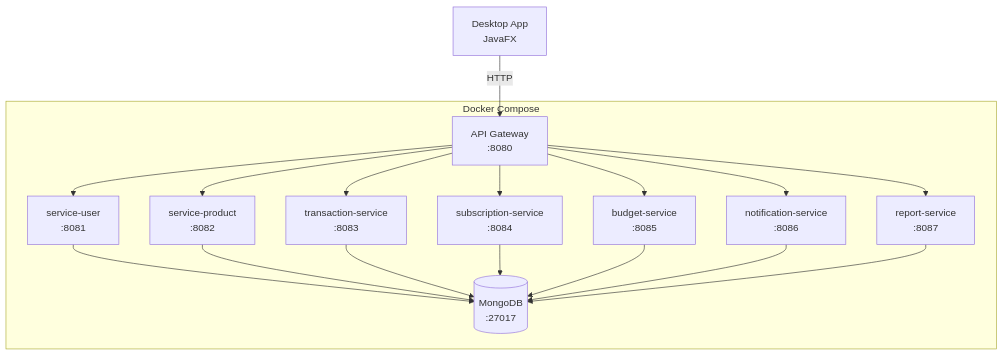
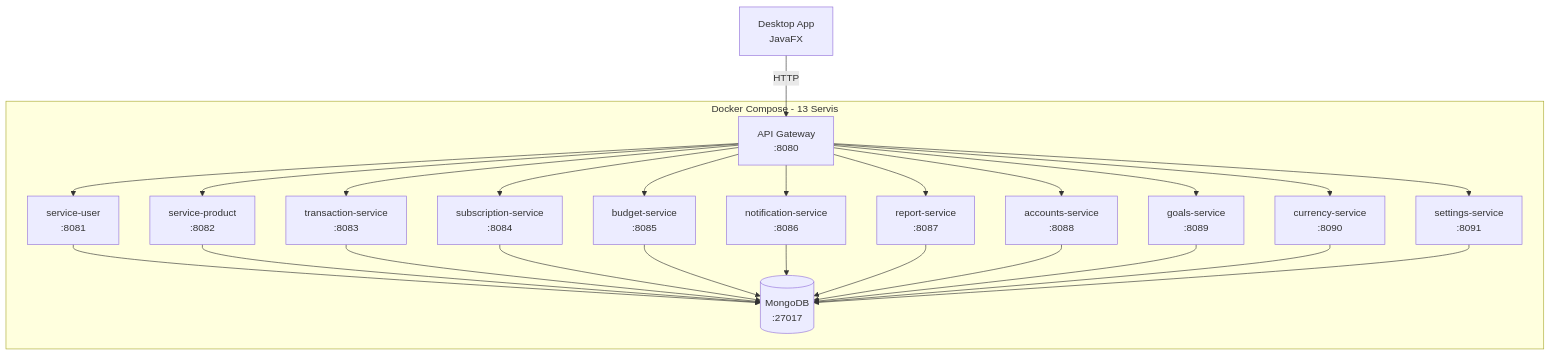
The diagram in README.md (EmreYuksell/FinansCepte), drawn with Mermaid before and after one commit. The commit also changed other lines of this file and 2 other files, not shown here.

````diff
--- a/README.md
+++ b/README.md
@@ -7,18 +7,22 @@
 ```mermaid
 graph TB
-    subgraph "Docker Compose"
+    subgraph "Docker Compose - 13 Servis"
         GW[API Gateway<br/>:8080]
         U[service-user<br/>:8081]
         P[service-product<br/>:8082]
         T[transaction-service<br/>:8083]
         S[subscription-service<br/>:8084]
         B[budget-service<br/>:8085]
         N[notification-service<br/>:8086]
         R[report-service<br/>:8087]
+        A[accounts-service<br/>:8088]
+        G[goals-service<br/>:8089]
+        C[currency-service<br/>:8090]
+        ST[settings-service<br/>:8091]
         M[(MongoDB<br/>:27017)]
     end
 
     Client[Desktop App<br/>JavaFX] -->|HTTP| GW
-    GW --> U & P & T & S & B & N & R
-    U & P & T & S & B & N & R --> M
+    GW --> U & P & T & S & B & N & R & A & G & C & ST
+    U & P & T & S & B & N & R & A & G & C & ST --> M
 ```
````
